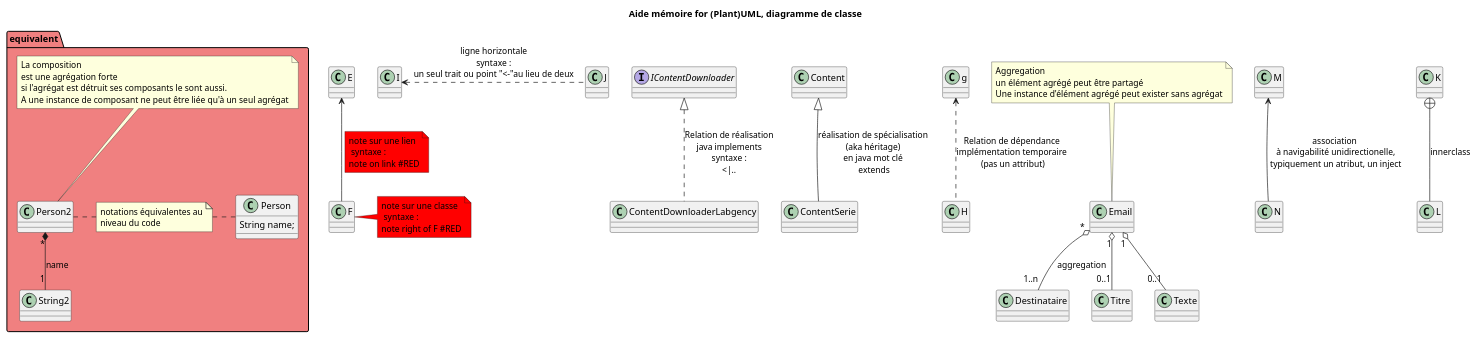
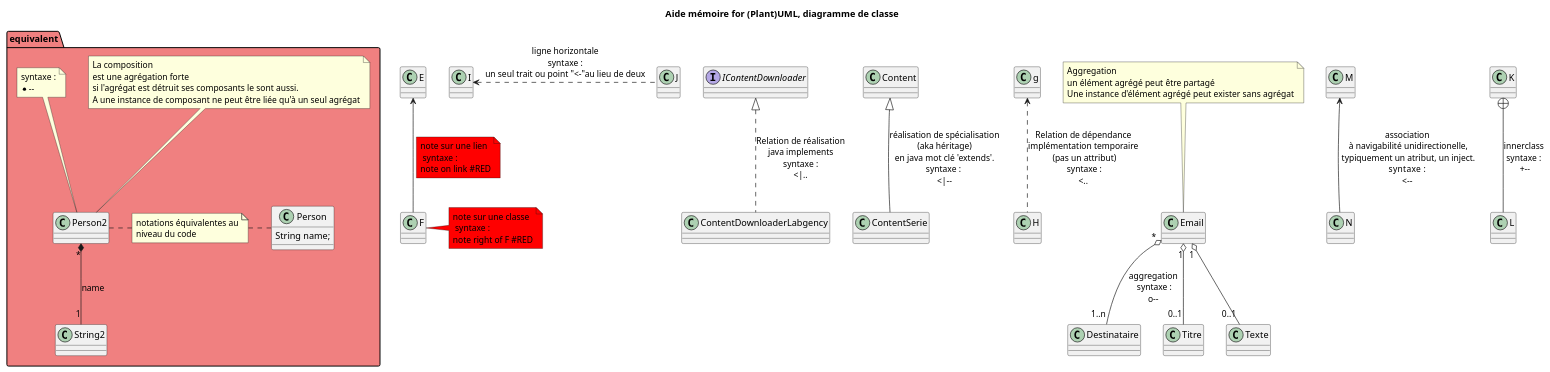
One commit to nbossard/plantuml_demo changed the diagram in slides/memo_uml.pu. Above: the diagram before and after it, drawn with PlantUML.

Commit message:
memo plantuml, ajout systématique de la syntaxe

```diff
--- a/slides/memo_uml.pu
+++ b/slides/memo_uml.pu
@@ -1,43 +1,45 @@
 @startuml
 
     title Aide mémoire for (Plant)UML, diagramme de classe
 
     interface IContentDownloader
 
-    Content <|-- ContentSerie : réalisation de spécialisation\n(aka héritage)\nen java mot clé\n extends
+    Content <|-- ContentSerie : réalisation de spécialisation\n(aka héritage)\nen java mot clé 'extends'.\nsyntaxe : \n<|--
     IContentDownloader <|.. ContentDownloaderLabgency : Relation de réalisation\njava implements\nsyntaxe :\n<|..
-    g <.. H : Relation de dépendance\nimplémentation temporaire\n (pas un attribut)
+    g <.. H : Relation de dépendance\nimplémentation temporaire\n (pas un attribut)\n syntaxe :\n<..
 
     ' commentaire, nom des couleurs http://www.w3schools.com/HTML/html_colornames.asp
     Package equivalent #LightCoral {
         Class Person {
             String name;
         }
         Person2 "*" *-- "1" String2 : name
         Note top of Person2:  La composition\nest une agrégation forte\nsi l'agrégat est détruit ses composants le sont aussi.\nA une instance de composant ne peut être liée qu'à un seul agrégat
+        Note top of Person2:  syntaxe :\n*--
 
         note "notations équivalentes au\nniveau du code" as equivalent
         Person2 . equivalent
         equivalent . Person
     }
 
-    Email "*" o-- "1..n" Destinataire : aggregation
+    Email "*" o-- "1..n" Destinataire : aggregation\n syntaxe :\no--
     Email "1" o-- "0..1" Titre
     Email "1" o-- "0..1" Texte
     Note top of Email : Aggregation\nun élément agrégé peut être partagé\nUne instance d'élément agrégé peut exister sans agrégat
 
-    M <-- N : association\n à navigabilité unidirectionelle,\n typiquement un atribut, un inject
+    M <-- N : association\n à navigabilité unidirectionelle,\n typiquement un atribut, un inject.\n syntaxe  : \n<--
+
 
     E <-- F
     note on link #red: note sur une lien\n syntaxe : \nnote on link #RED
     note right of F #RED : note sur une classe\n syntaxe : \nnote right of F #RED
 
-    K +-- L : innerclass
+    K +-- L : innerclass\nsyntaxe :\n +--
 
     I<.J : ligne horizontale\n syntaxe : \nun seul trait ou point "<-"au lieu de deux
 
     ' ---- Hide a class : ----
     class Z
     hide Z
 
 @enduml
```
